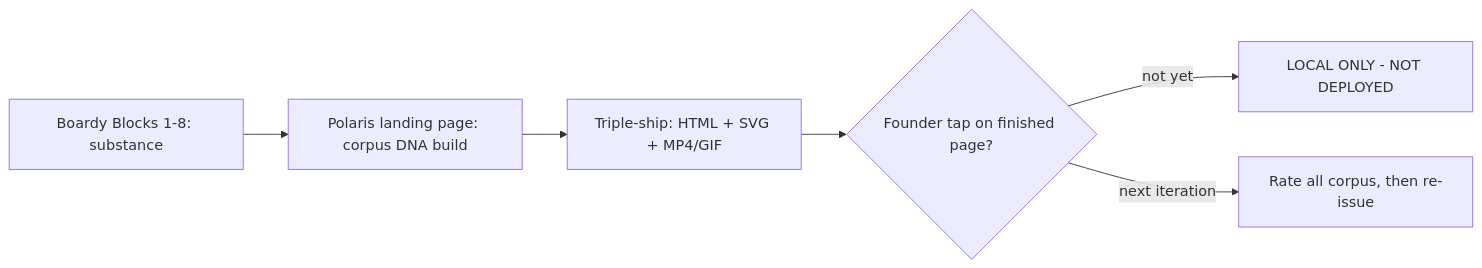
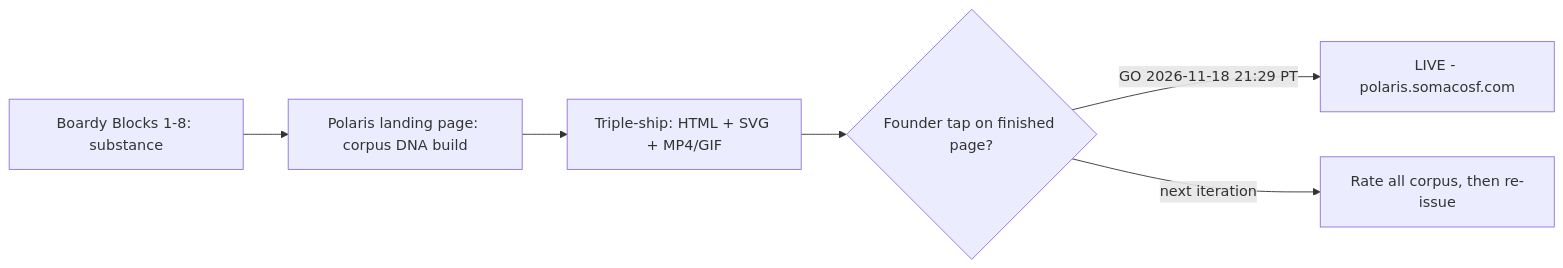
One commit to SoMaCoSF/polaris changed the diagram in README.md. Above: the diagram before and after it, drawn with Mermaid. The commit also changed other lines of this file and 5 other files, not shown here.

````diff
--- a/README.md
+++ b/README.md
@@ -28,8 +28,8 @@
 ```mermaid
 flowchart LR
     A[Boardy Blocks 1-8: substance] --> B[Polaris landing page: corpus DNA build]
     B --> C[Triple-ship: HTML + SVG + MP4/GIF]
     C --> D{Founder tap on finished page?}
-    D -->|not yet| E[LOCAL ONLY - NOT DEPLOYED]
+    D -->|GO 2026-11-18 21:29 PT| E[LIVE - polaris.somacosf.com]
     D -->|next iteration| F[Rate all corpus, then re-issue]
 ```
````
